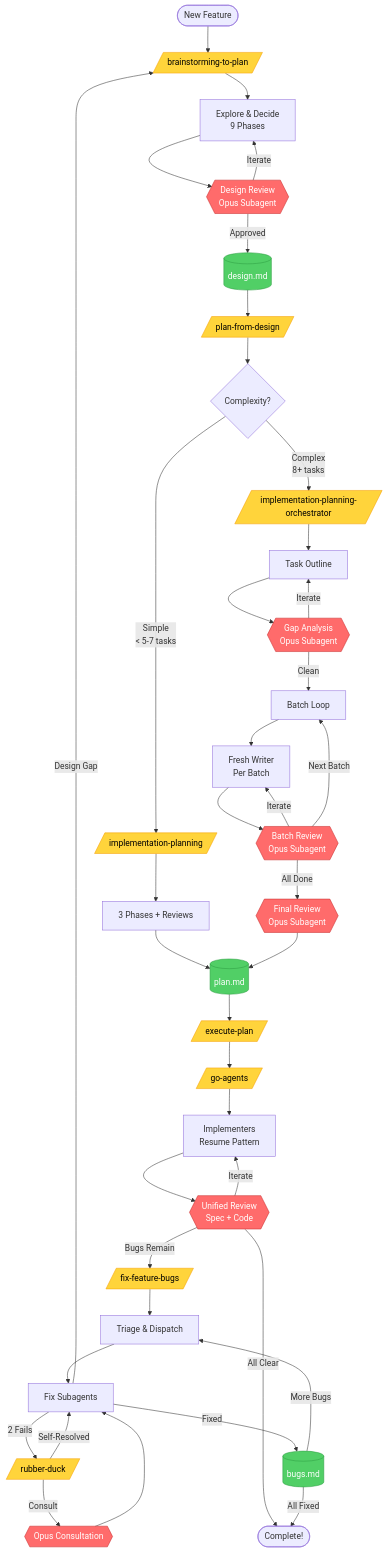
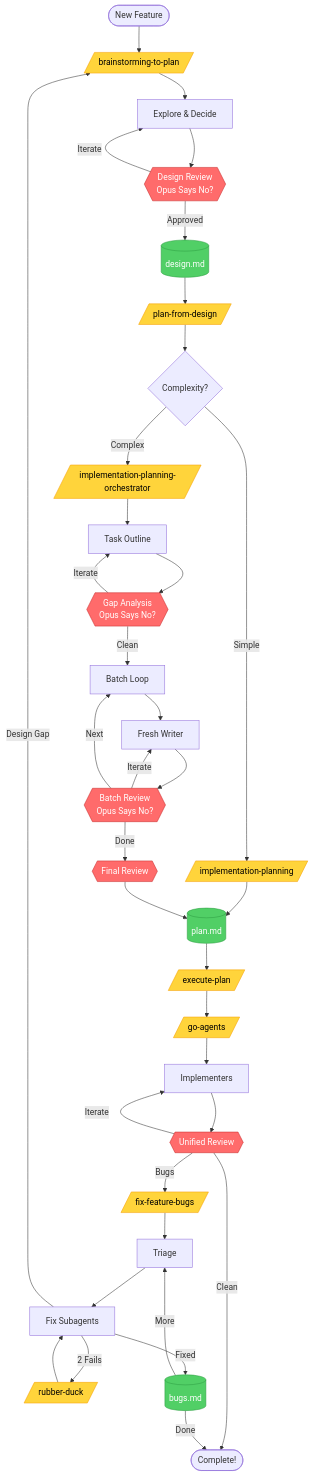
Before and after one commit to zachswift615/opus-says-no: the diagram in README.md, drawn with Mermaid. The commit also changed other lines of this file, not shown here.

First line of the commit message:
Give README the opus-says-no personality

````diff
--- a/README.md
+++ b/README.md
@@ -157,55 +197,52 @@
 ```mermaid
 flowchart TD
     Start([New Feature]) --> Brainstorm[/brainstorming-to-plan/]
-    Brainstorm --> Explore[Explore & Decide<br/>9 Phases]
-    Explore --> DesignReview{{Design Review<br/>Opus Subagent}}
+    Brainstorm --> Explore[Explore & Decide]
+    Explore --> DesignReview{{Design Review<br/>Opus Says No?}}
     DesignReview -->|Iterate| Explore
     DesignReview -->|Approved| DesignDoc[(design.md)]
 
     DesignDoc --> PlanCmd[/plan-from-design/]
     PlanCmd --> Assess{Complexity?}
 
-    Assess -->|Simple<br/>< 5-7 tasks| Simple[/implementation-planning/]
-    Simple --> SimplePlan[3 Phases + Reviews]
-    SimplePlan --> PlanDoc[(plan.md)]
+    Assess -->|Simple| Simple[/implementation-planning/]
+    Simple --> PlanDoc[(plan.md)]
 
-    Assess -->|Complex<br/>8+ tasks| Orch[/implementation-planning-orchestrator/]
+    Assess -->|Complex| Orch[/implementation-planning-orchestrator/]
     Orch --> Outline[Task Outline]
-    Outline --> GapReview{{Gap Analysis<br/>Opus Subagent}}
+    Outline --> GapReview{{Gap Analysis<br/>Opus Says No?}}
     GapReview -->|Iterate| Outline
     GapReview -->|Clean| BatchLoop[Batch Loop]
 
-    BatchLoop --> Writer[Fresh Writer<br/>Per Batch]
-    Writer --> BatchReview{{Batch Review<br/>Opus Subagent}}
+    BatchLoop --> Writer[Fresh Writer]
+    Writer --> BatchReview{{Batch Review<br/>Opus Says No?}}
     BatchReview -->|Iterate| Writer
-    BatchReview -->|Next Batch| BatchLoop
-    BatchReview -->|All Done| FinalReview{{Final Review<br/>Opus Subagent}}
+    BatchReview -->|Next| BatchLoop
+    BatchReview -->|Done| FinalReview{{Final Review}}
     FinalReview --> PlanDoc
 
     PlanDoc --> ExecCmd[/execute-plan/]
     ExecCmd --> GoAgents[/go-agents/]
-    GoAgents --> Impl[Implementers<br/>Resume Pattern]
-    Impl --> UnifiedReview{{Unified Review<br/>Spec + Code}}
+    GoAgents --> Impl[Implementers]
+    Impl --> UnifiedReview{{Unified Review}}
     UnifiedReview -->|Iterate| Impl
-    UnifiedReview -->|Bugs Remain| FixBugs[/fix-feature-bugs/]
-    UnifiedReview -->|All Clear| Done([Complete!])
+    UnifiedReview -->|Bugs| FixBugs[/fix-feature-bugs/]
+    UnifiedReview -->|Clean| Done([Complete!])
 
-    FixBugs --> Triage[Triage & Dispatch]
+    FixBugs --> Triage[Triage]
     Triage --> FixAgent[Fix Subagents]
     FixAgent -->|2 Fails| RubberDuck[/rubber-duck/]
-    RubberDuck -->|Self-Resolved| FixAgent
-    RubberDuck -->|Consult| Consultation{{Opus Consultation}}
-    Consultation --> FixAgent
+    RubberDuck --> FixAgent
     FixAgent -->|Design Gap| Brainstorm
     FixAgent -->|Fixed| BugsDoc[(bugs.md)]
-    BugsDoc -->|More Bugs| Triage
-    BugsDoc -->|All Fixed| Done
+    BugsDoc -->|More| Triage
+    BugsDoc -->|Done| Done
 
     classDef reviewNode fill:#ff6b6b,stroke:#c92a2a,color:#fff
     classDef cmdNode fill:#ffd43b,stroke:#f59f00,color:#000
     classDef docNode fill:#51cf66,stroke:#2f9e44,color:#fff
 
-    class DesignReview,GapReview,BatchReview,FinalReview,UnifiedReview,Consultation reviewNode
+    class DesignReview,GapReview,BatchReview,FinalReview,UnifiedReview reviewNode
     class Brainstorm,PlanCmd,Simple,Orch,ExecCmd,GoAgents,FixBugs,RubberDuck cmdNode
     class DesignDoc,PlanDoc,BugsDoc docNode
 ```
````
